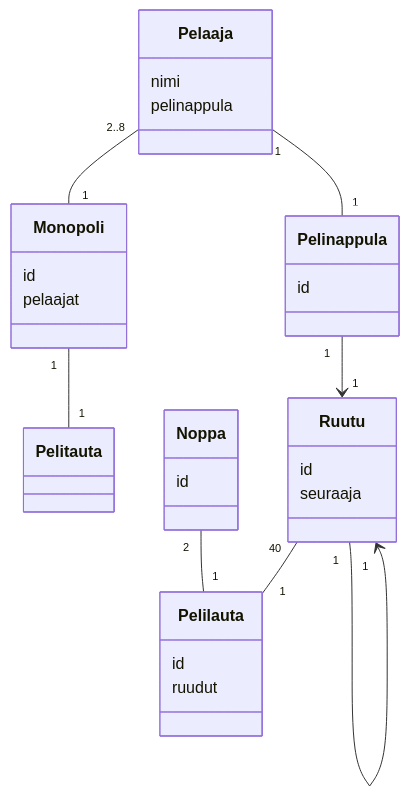
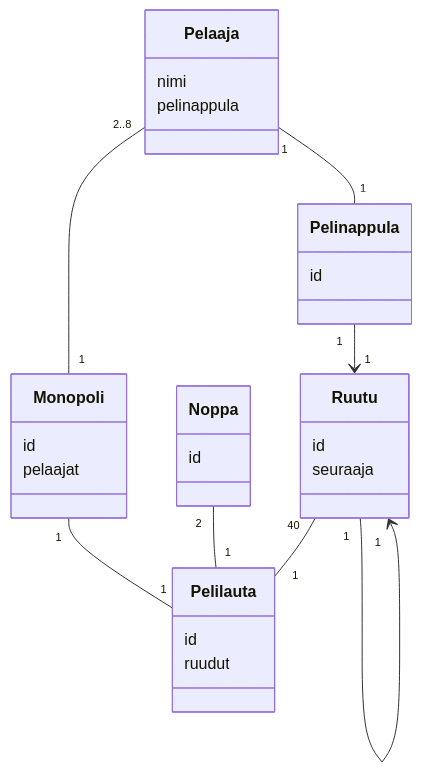
Before and after one commit to federma/ot-harjoitustyo: the diagram in laskarit/viikko3/monopoli_luokkakaavio.md, drawn with Mermaid.

````diff
--- a/laskarit/viikko3/monopoli_luokkakaavio.md
+++ b/laskarit/viikko3/monopoli_luokkakaavio.md
@@ -3,32 +3,32 @@
 ```mermaid
  classDiagram
-    Monopoli "1" -- "1" Pelitauta
+    Monopoli "1" -- "1" Pelilauta
     Noppa "2" -- "1" Pelilauta
     Ruutu "40" -- "1" Pelilauta
     Ruutu "1" --> "1" Ruutu
     Pelaaja "2..8" -- "1" Monopoli
     Pelaaja "1" -- "1" Pelinappula
     Pelinappula "1" --> "1" Ruutu
     class Monopoli {
         id
         pelaajat
     }
     class Pelilauta{
         id
         ruudut
     }
     class Noppa{
         id
     }
     class Ruutu{
         id
         seuraaja
     }
     class Pelaaja{
         nimi
         pelinappula
     }
     class Pelinappula{
         id
     }
 ```
````
